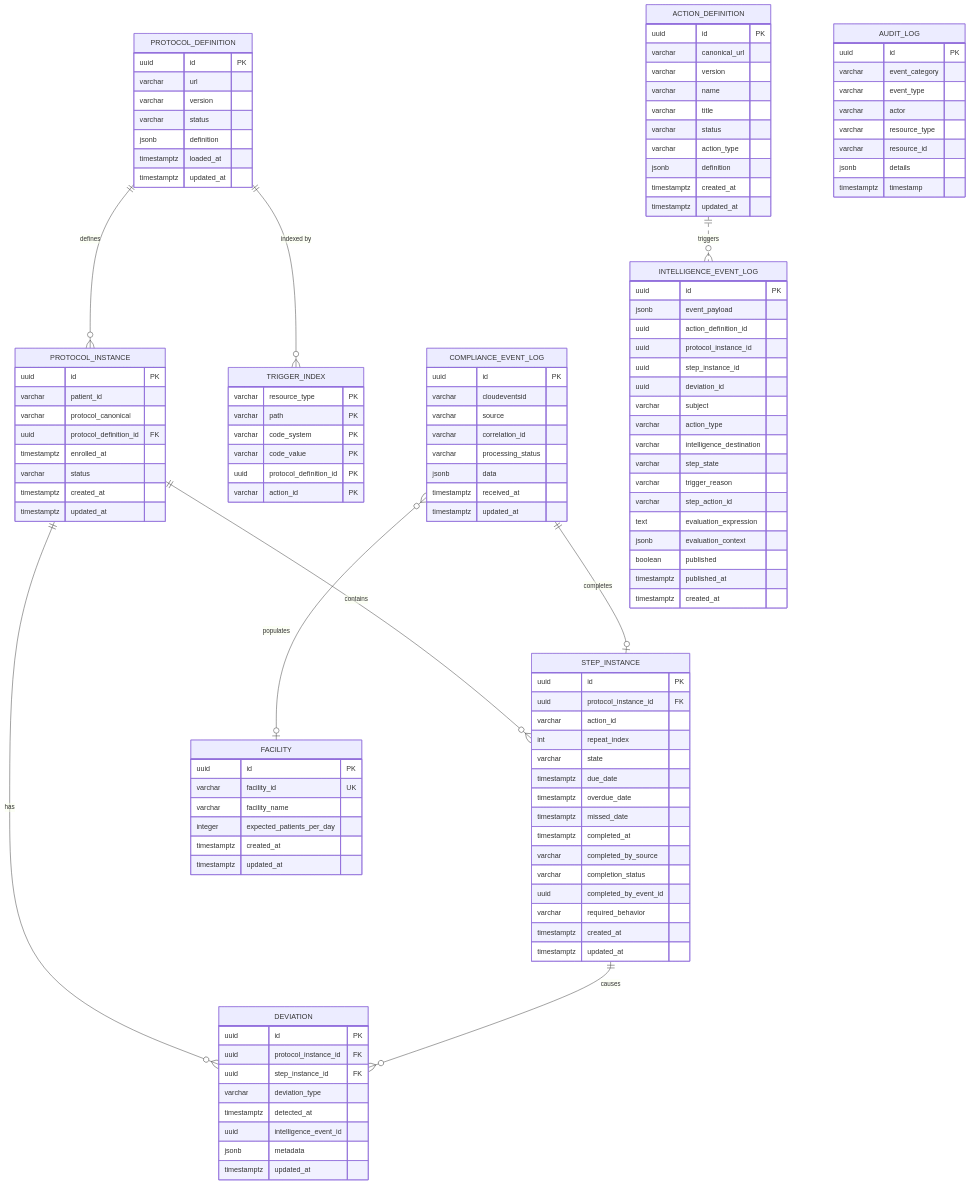
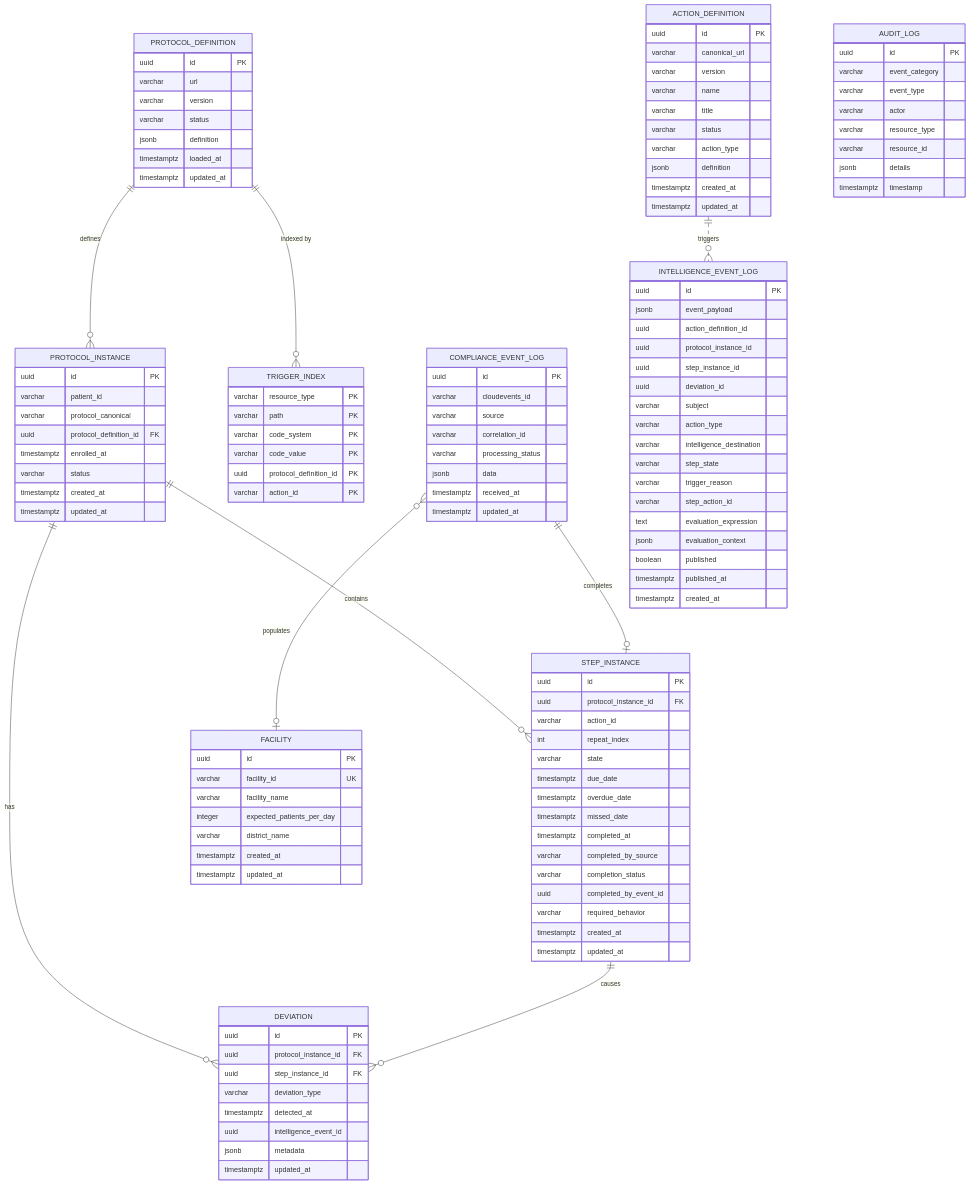
One commit to Jayaprakash8887/cce-compliance-service changed the diagram in docs/data-dictionary.md. Above: the diagram before and after it, drawn with Mermaid. The commit also changed other lines of this file and 8 other files, not shown here.

```diff
--- a/docs/data-dictionary.md
+++ b/docs/data-dictionary.md
@@ -101,7 +101,7 @@
 
     COMPLIANCE_EVENT_LOG {
         uuid id PK
-        varchar cloudeventsid
+        varchar cloudevents_id
         varchar source
         varchar correlation_id
         varchar processing_status
@@ -159,6 +159,7 @@
         varchar facility_id UK
         varchar facility_name
         integer expected_patients_per_day
+        varchar district_name
         timestamptz created_at
         timestamptz updated_at
     }
```
